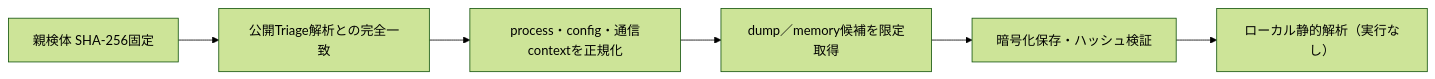
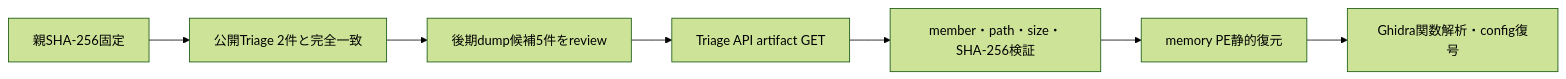
One commit to proshiba/AI-security-analysis changed the diagram in analysis-results/malware/remusstealer/versions/unknown/cases/843eec789f90f15c13e6905f36f54c32a0dbf767d9715aef1387d232aa11ab93/TRIAGE.md. Above: the diagram before and after it, drawn with Mermaid (forest theme). The commit also changed other lines of this file and 182 other files, not shown here.

````diff
--- a/analysis-results/malware/remusstealer/versions/unknown/cases/843eec789f90f15c13e6905f36f54c32a0dbf767d9715aef1387d232aa11ab93/TRIAGE.md
+++ b/analysis-results/malware/remusstealer/versions/unknown/cases/843eec789f90f15c13e6905f36f54c32a0dbf767d9715aef1387d232aa11ab93/TRIAGE.md
@@ -23,8 +43,9 @@
 ```mermaid
 flowchart LR
-    A["親検体 SHA-256固定"] --> B["公開Triage解析との完全一致"]
-    B --> C["process・config・通信contextを正規化"]
-    C --> D["dump／memory候補を限定取得"]
-    D --> E["暗号化保存・ハッシュ検証"]
-    E --> F["ローカル静的解析（実行なし）"]
+  A["親SHA-256固定"] --> B["公開Triage 2件と完全一致"]
+  B --> C["後期dump候補5件をreview"]
+  C --> D["Triage API artifact GET"]
+  D --> E["member・path・size・SHA-256検証"]
+  E --> F["memory PE静的復元"]
+  F --> G["Ghidra関数解析・config復号"]
 ```
````
